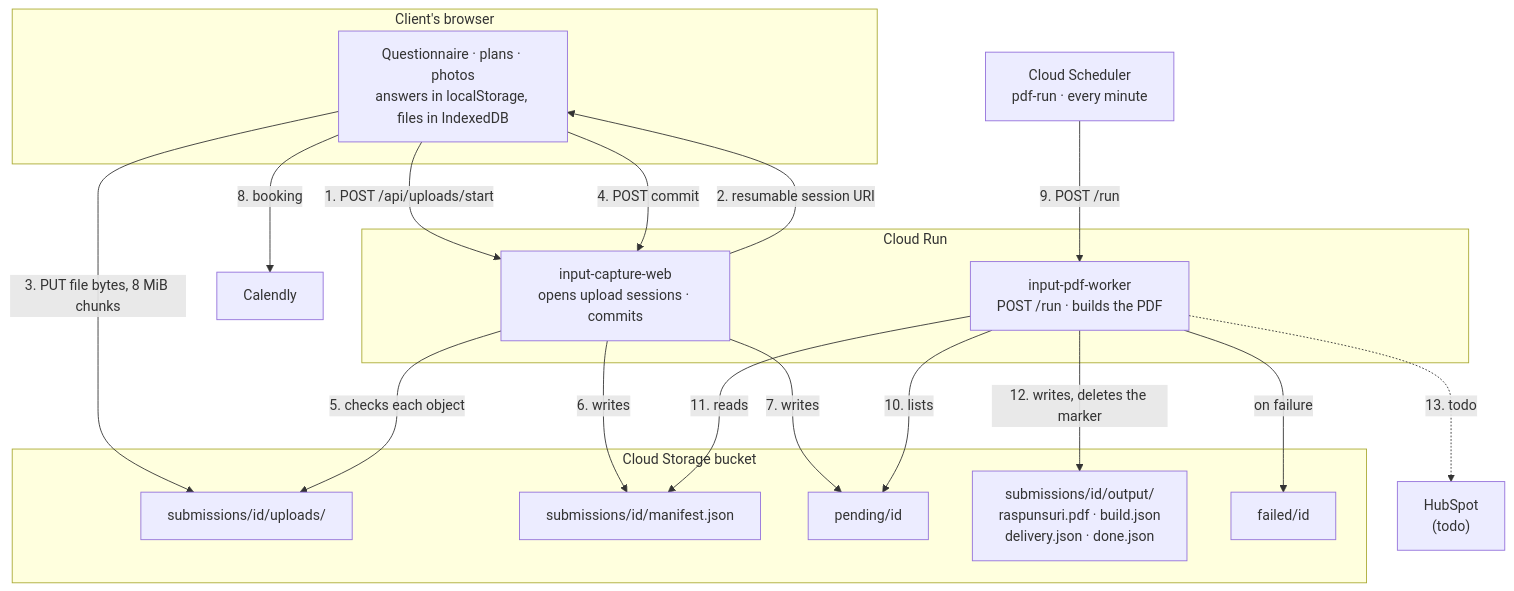
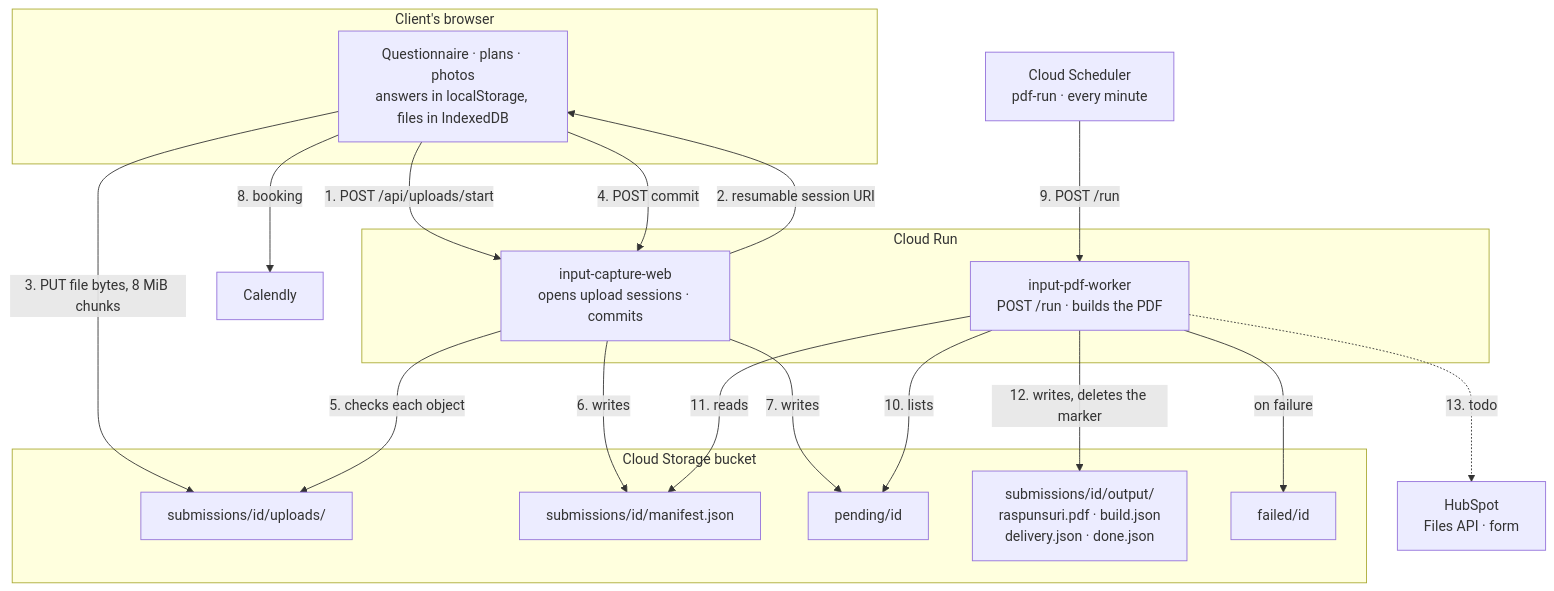
Before and after one commit to TudorBatica/urban-moon: the diagram in docs/arhitecture.md, drawn with Mermaid. The commit also changed other lines of this file and 14 other files, not shown here.

````diff
--- a/docs/arhitecture.md
+++ b/docs/arhitecture.md
@@ -46,38 +46,38 @@
 ```mermaid
 flowchart TB
     subgraph browser["Client's browser"]
         Q["Questionnaire · plans · photos<br/>answers in localStorage, files in IndexedDB"]
     end
 
     subgraph run["Cloud Run"]
         WEB["input-capture-web<br/>opens upload sessions · commits"]
         WRK["input-pdf-worker<br/>POST /run · builds the PDF"]
     end
 
     SCH["Cloud Scheduler<br/>pdf-run · every minute"]
     CAL["Calendly"]
-    HS["HubSpot<br/>(todo)"]
+    HS["HubSpot<br/>Files API · form"]
 
     subgraph bucket["Cloud Storage bucket"]
         UP["submissions/id/uploads/"]
         MAN["submissions/id/manifest.json"]
         PEND["pending/id"]
         OUT["submissions/id/output/<br/>raspunsuri.pdf · build.json<br/>delivery.json · done.json"]
         FAIL["failed/id"]
     end
 
     Q -->|"1. POST /api/uploads/start"| WEB
     WEB -->|"2. resumable session URI"| Q
     Q -->|"3. PUT file bytes, 8 MiB chunks"| UP
     Q -->|"4. POST commit"| WEB
     WEB -->|"5. checks each object"| UP
     WEB -->|"6. writes"| MAN
     WEB -->|"7. writes"| PEND
     Q -->|"8. booking"| CAL
     SCH -->|"9. POST /run"| WRK
     WRK -->|"10. lists"| PEND
     WRK -->|"11. reads"| MAN
     WRK -->|"12. writes, deletes the marker"| OUT
     WRK -->|"on failure"| FAIL
     WRK -.->|"13. todo"| HS
 ```
````
